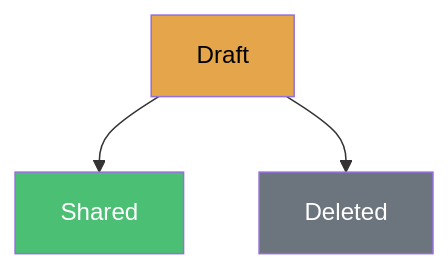
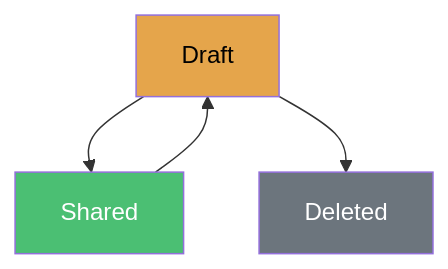
One commit to hoc-stateeval/stateeval-help changed the fourth of 8 diagrams in docs/reference/workflows.md. Above: the diagram before and after it, drawn with Mermaid. The commit also changed other lines of this file, not shown here.

````diff
--- a/docs/reference/workflows.md
+++ b/docs/reference/workflows.md
@@ -201,9 +201,10 @@
 ```mermaid
 flowchart TD
     A[Draft] --> B[Shared]
     A --> C[Deleted]
+    B --> A
 
     style A fill:#E5A54B,color:#000
     style B fill:#4BBF73,color:#fff
     style C fill:#6c757d,color:#fff
 ```
````
